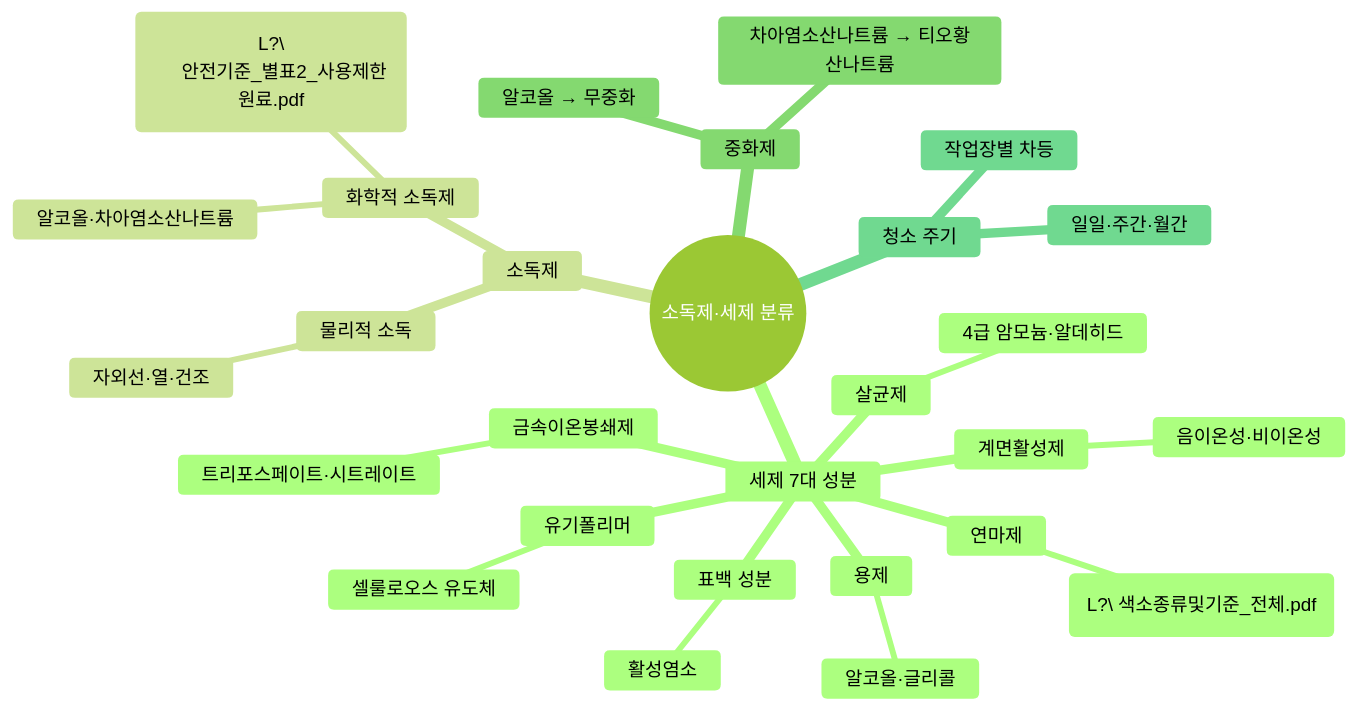
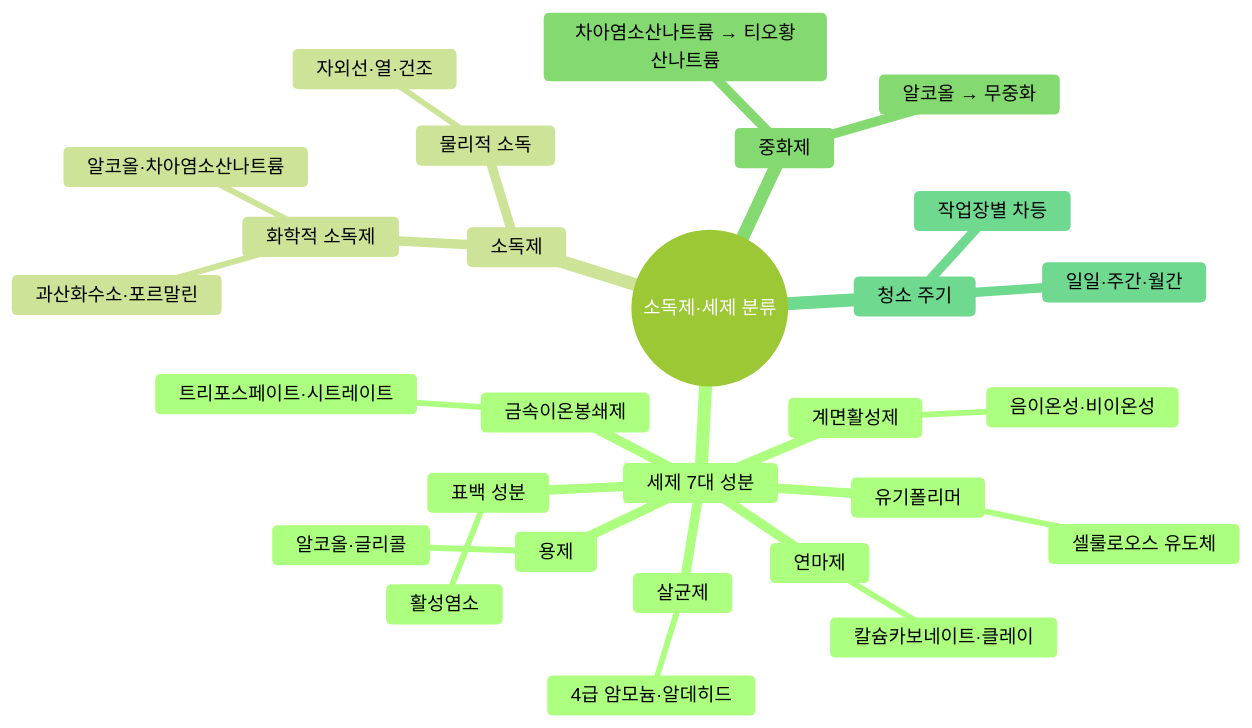
One commit to skygoldlee-cyber/Personalized_Skincare changed the tenth of 19 diagrams in content/교재/safety/3과목_유통화장품안전관리_이야기형.md. Above: the diagram before and after it, drawn with Mermaid (forest theme). The commit also changed other lines of this file and 8 other files, not shown here.

````diff
--- a/content/교재/safety/3과목_유통화장품안전관리_이야기형.md
+++ b/content/교재/safety/3과목_유통화장품안전관리_이야기형.md
@@ -886,33 +886,31 @@
 ```mermaid
 mindmap
  root((소독제·세제 분류))
   세제 7대 성분
    계면활성제
     음이온성·비이온성
    살균제
     4급 암모늄·알데히드
    금속이온봉쇄제
     트리포스페이트·시트레이트
    유기폴리머
     셀룰로오스 유도체
    용제
     알코올·글리콜
    연마제
-    칼슘카보네이트·클레이 (L?\
-     색소종류및기준_전체.pdf)
+    칼슘카보네이트·클레이
    표백 성분
     활성염소
   소독제
    화학적 소독제
     알코올·차아염소산나트륨
-    과산화수소·포르말린 (L?\
-     안전기준_별표2_사용제한원료.pdf)
+    과산화수소·포르말린
    물리적 소독
     자외선·열·건조
   중화제
    차아염소산나트륨 → 티오황산나트륨
    알코올 → 무중화
   청소 주기
    작업장별 차등
    일일·주간·월간
 ```
````
